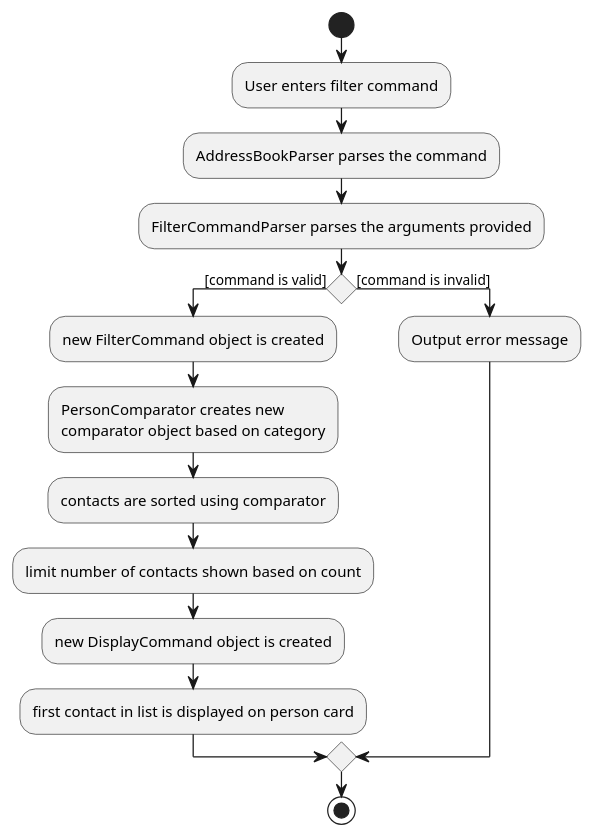
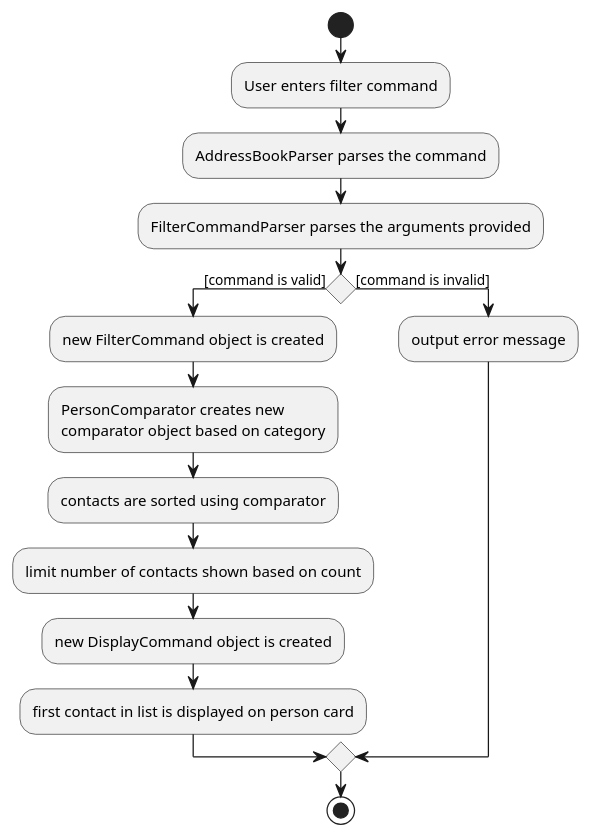
The diagram in docs/diagrams/FilterActivityDiagram.puml (pranav-ganesh/tp), drawn with PlantUML before and after one commit. The commit also changed 1 other file, not shown here.

Commit message:
Update activity diagram

```diff
--- a/docs/diagrams/FilterActivityDiagram.puml
+++ b/docs/diagrams/FilterActivityDiagram.puml
@@ -1,22 +1,22 @@
 @startuml
 'https://plantuml.com/activity-diagram-beta
 
 start
 :User enters filter command;
 :AddressBookParser parses the command;
 :FilterCommandParser parses the arguments provided;
 if () then ([command is valid])
   :new FilterCommand object is created;
   :PersonComparator creates new \ncomparator object based on category;
   :contacts are sorted using comparator;
   :limit number of contacts shown based on count;
   :new DisplayCommand object is created;
   :first contact in list is displayed on person card;
 else ([command is invalid])
-  :Output error message;
+  :output error message;
 endif
 
 
 stop
 
 @enduml
```
